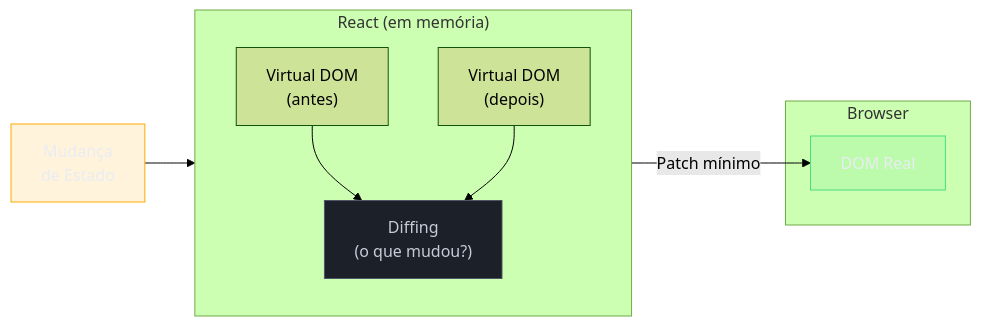
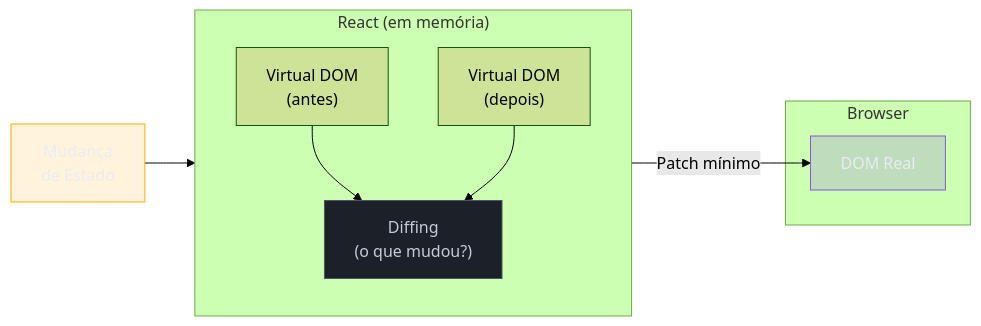
Before and after one commit to josenaldo/codex-technomanticus: the third of 4 diagrams in 03-Dominios/Tecnologia/React/React core/01 - O que é React e a UI declarativa.md, drawn with Mermaid (forest theme). The commit also changed other lines of this file and 601 other files, not shown here.

````diff
--- a/03-Dominios/Tecnologia/React/React core/01 - O que é React e a UI declarativa.md
+++ b/03-Dominios/Tecnologia/React/React core/01 - O que é React e a UI declarativa.md
@@ -196,25 +195,25 @@
 ```mermaid
 flowchart LR
+    classDef marca fill:#8855DF33,stroke:#8855DF,color:#E9ECF2
     classDef destaque fill:#FFAA0024,stroke:#FFAA00,color:#E9ECF2
     classDef neutro fill:#1B2029,stroke:#4E5666,color:#C6CCD8
-    classDef ok fill:#4ADE8021,stroke:#4ADE80,color:#E9ECF2
     subgraph react["React (em memória)"]
         direction TB
         VDOM_OLD["Virtual DOM\n(antes)"]
         VDOM_NEW["Virtual DOM\n(depois)"]
         DIFF["Diffing\n(o que mudou?)"]
         VDOM_OLD --> DIFF
         VDOM_NEW --> DIFF
     end
 
     subgraph browser["Browser"]
         DOM["DOM Real"]
     end
 
     State["Mudança\nde Estado"] --> VDOM_NEW
     DIFF -->|"Patch mínimo"| DOM
 
     class State destaque
     class DIFF neutro
-    class DOM ok
+    class DOM marca
 ```
````
